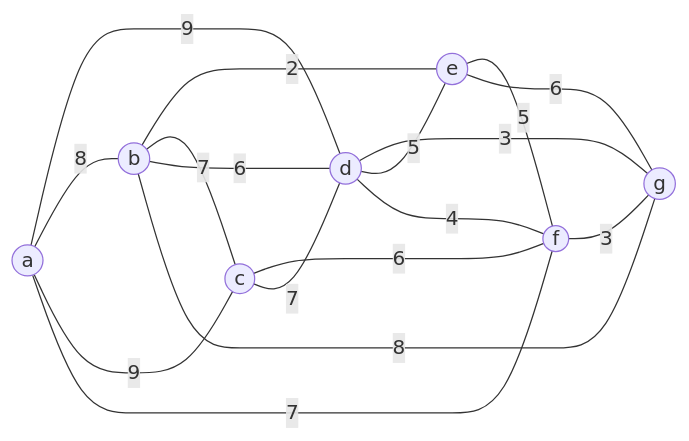
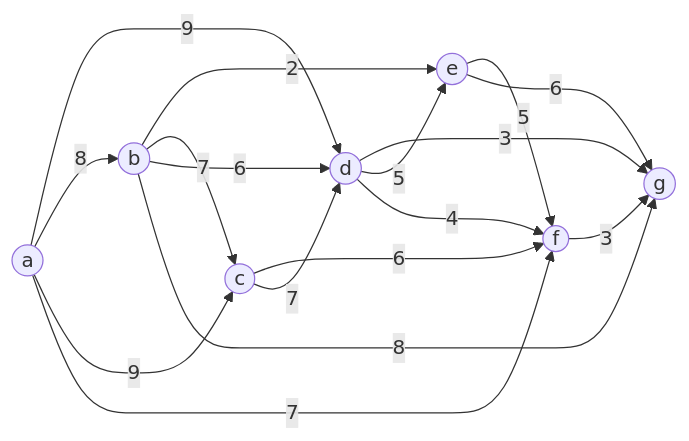
One commit to IISERTvmStudyLabs/StudyMaterial changed the fourth of 4 diagrams in content/SEM_6/DSA/PYQP/Endsem - Apr 2025.md. Above: the diagram before and after it, drawn with Mermaid. The commit also changed other lines of this file, not shown here.

Commit message:
minor changes

````diff
--- a/content/SEM_6/DSA/PYQP/Endsem - Apr 2025.md
+++ b/content/SEM_6/DSA/PYQP/Endsem - Apr 2025.md
@@ -204,38 +197,33 @@
 ```mermaid
 graph LR
 
 a((a))
 b((b))
 c((c))
 d((d))
 e((e))
 f((f))
 g((g))
 
-%% Horizontal edges
-b ---|2| e
-a ---|9| d
-d ---|3| g
-c ---|6| f
+b -->|2| e
+a -->|9| d
+d -->|3| g
+c -->|6| f
 
-%% Left connections
-a ---|8| b
-a ---|9| c
-b ---|7| c
+a -->|8| b
+a -->|9| c
+b -->|7| c
 
-%% Middle connections
-b ---|6| d
-c ---|7| d
-d ---|5| e
-d ---|4| f
+b -->|6| d
+c -->|7| d
+d -->|5| e
+d -->|4| f
 
-%% Right connections
-e ---|5| f
-e ---|6| g
-f ---|3| g
+e -->|5| f
+e -->|6| g
+f -->|3| g
 
-%% Outer arcs (approximated)
-b ---|8| g
-a ---|7| f
+b -->|8| g
+a -->|7| f
 
 ```
````
